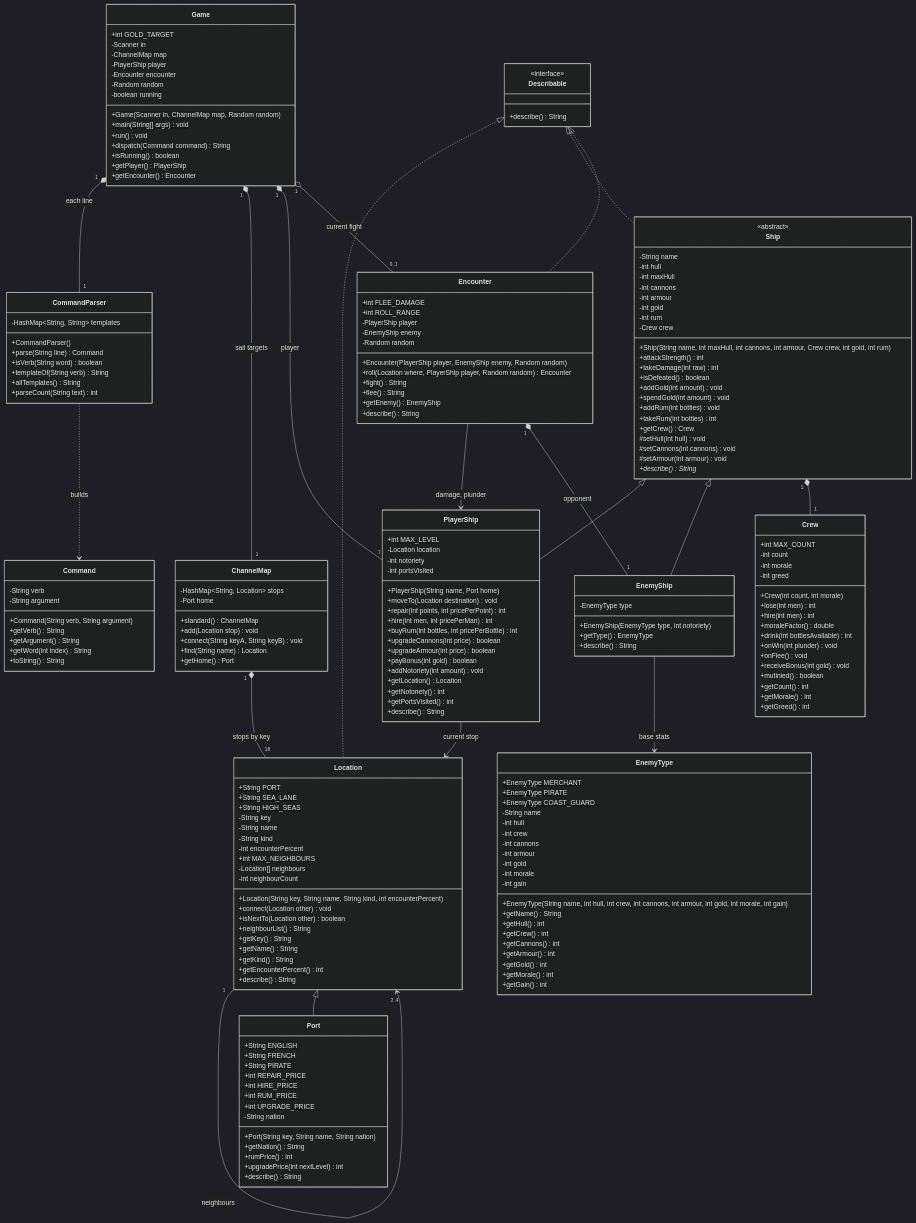
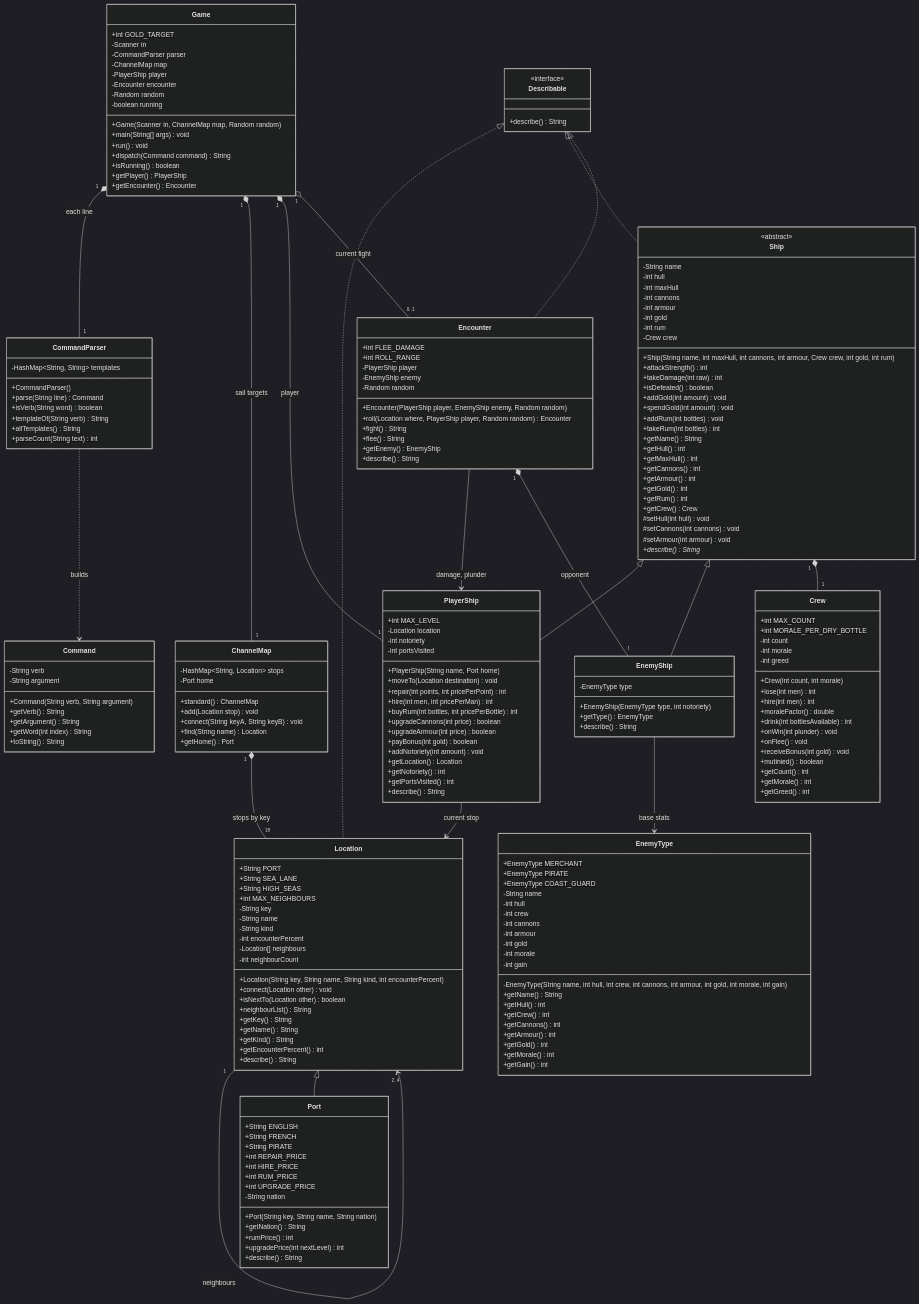
The diagram in docs/class-diagram.mmd (DRMarcosVT/cs2114-project1-group87), drawn with Mermaid (dark theme) before and after one commit. The commit also changed 5 other files, not shown here.

First line of the commit message:
Trim SPEC.md for the deliverable and bring both diagrams in line with it

```diff
--- a/docs/class-diagram.mmd
+++ b/docs/class-diagram.mmd
@@ -9,6 +9,7 @@
     class Game {
         +int GOLD_TARGET$
         -Scanner in
+        -CommandParser parser
         -ChannelMap map
         -PlayerShip player
         -Encounter encounter
@@ -57,11 +58,11 @@
         +String PORT$
         +String SEA_LANE$
         +String HIGH_SEAS$
+        +int MAX_NEIGHBOURS$
         -String key
         -String name
         -String kind
         -int encounterPercent
-        +int MAX_NEIGHBOURS$
         -Location[] neighbours
         -int neighbourCount
         +Location(String key, String name, String kind, int encounterPercent)
@@ -109,6 +110,13 @@
         +spendGold(int amount) void
         +addRum(int bottles) void
         +takeRum(int bottles) int
+        +getName() String
+        +getHull() int
+        +getMaxHull() int
+        +getCannons() int
+        +getArmour() int
+        +getGold() int
+        +getRum() int
         +getCrew() Crew
         #setHull(int hull) void
         #setCannons(int cannons) void
@@ -155,7 +163,7 @@
         -int gold
         -int morale
         -int gain
-        +EnemyType(String name, int hull, int crew, int cannons, int armour, int gold, int morale, int gain)
+        -EnemyType(String name, int hull, int crew, int cannons, int armour, int gold, int morale, int gain)
         +getName() String
         +getHull() int
         +getCrew() int
@@ -168,6 +176,7 @@
 
     class Crew {
         +int MAX_COUNT$
+        +int MORALE_PER_DRY_BOTTLE$
         -int count
         -int morale
         -int greed
```
